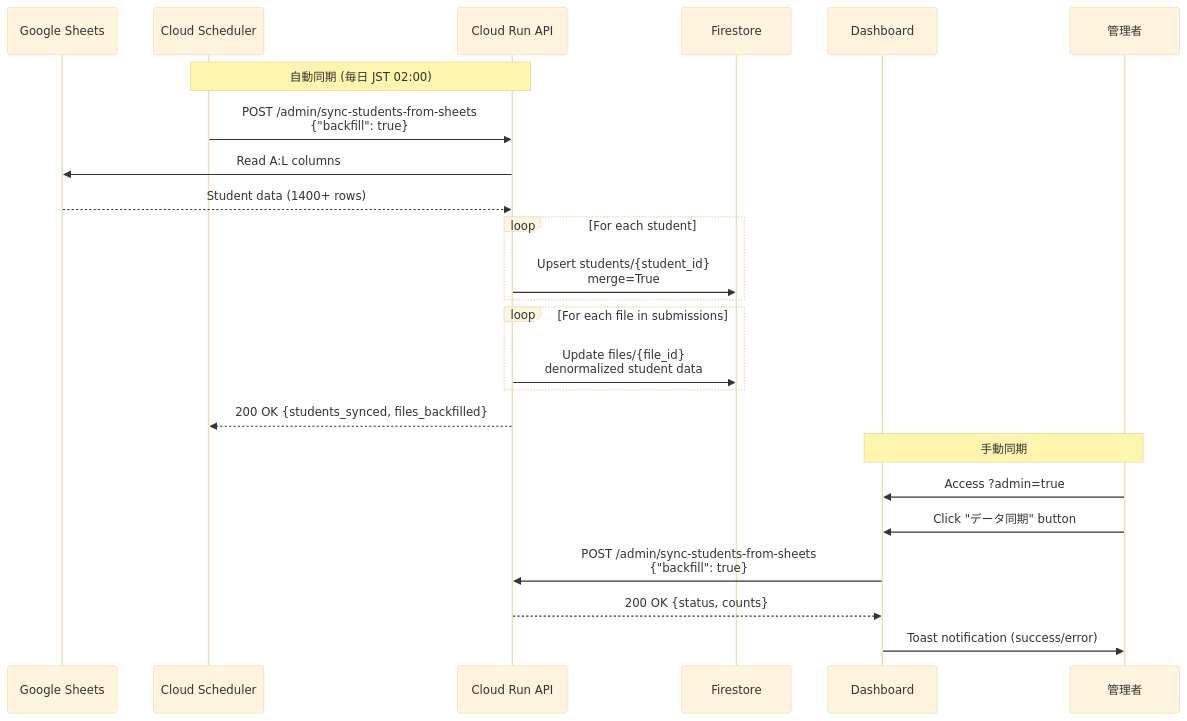
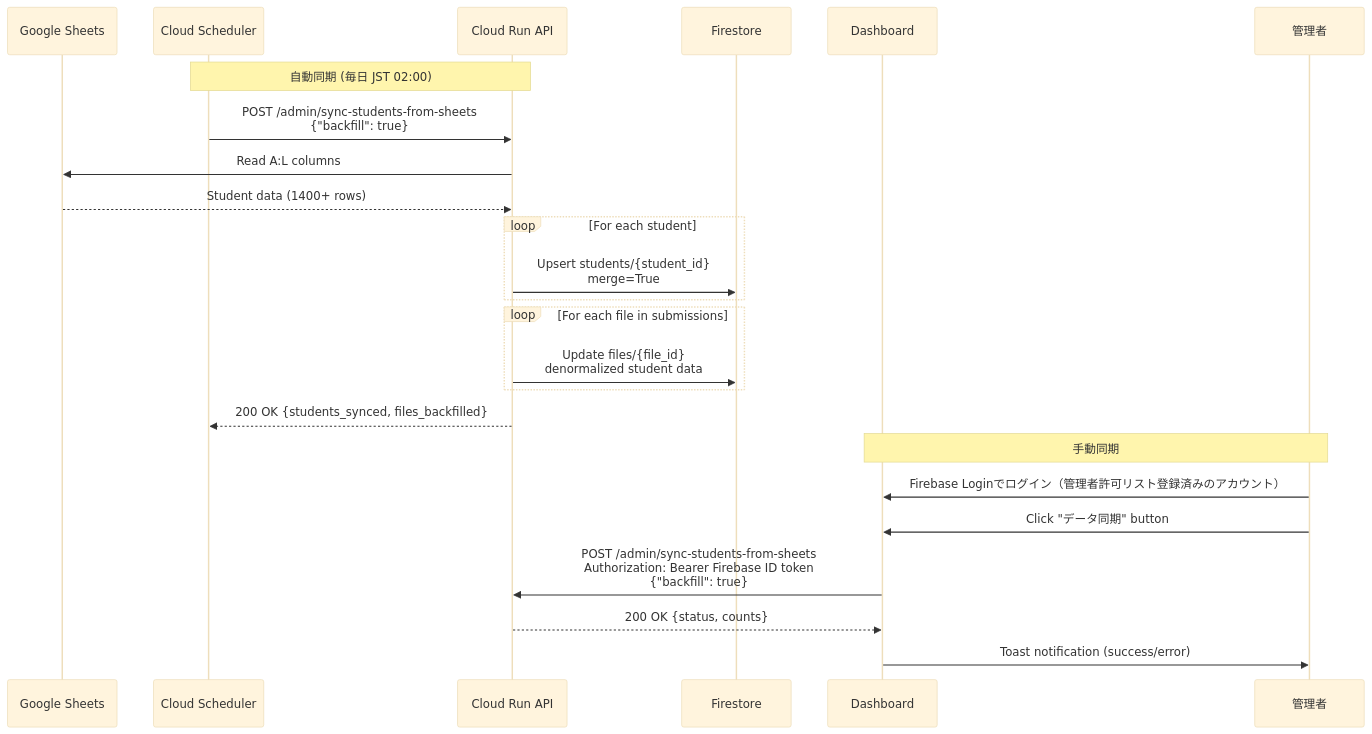
Before and after one commit to yasushi-honda/carewell-gcp-drive-automation: the second of 6 diagrams in docs/STUDENT_SYNC_FEATURE_HANDOVER.md, drawn with Mermaid (base theme). The commit also changed other lines of this file and 9 other files, not shown here.

````diff
--- a/docs/STUDENT_SYNC_FEATURE_HANDOVER.md
+++ b/docs/STUDENT_SYNC_FEATURE_HANDOVER.md
@@ -107,31 +107,31 @@
 ```mermaid
 sequenceDiagram
     participant GS as Google Sheets
     participant CS as Cloud Scheduler
     participant CR as Cloud Run API
     participant FS as Firestore
     participant DB as Dashboard
     participant Admin as 管理者
 
     Note over CS,CR: 自動同期 (毎日 JST 02:00)
     CS->>CR: POST /admin/sync-students-from-sheets<br/>{"backfill": true}
     CR->>GS: Read A:L columns
     GS-->>CR: Student data (1400+ rows)
 
     loop For each student
         CR->>FS: Upsert students/{student_id}<br/>merge=True
     end
 
     loop For each file in submissions
         CR->>FS: Update files/{file_id}<br/>denormalized student data
     end
 
     CR-->>CS: 200 OK {students_synced, files_backfilled}
 
     Note over Admin,DB: 手動同期
-    Admin->>DB: Access ?admin=true
+    Admin->>DB: Firebase Loginでログイン（管理者許可リスト登録済みのアカウント）
     Admin->>DB: Click "データ同期" button
-    DB->>CR: POST /admin/sync-students-from-sheets<br/>{"backfill": true}
+    DB->>CR: POST /admin/sync-students-from-sheets<br/>Authorization: Bearer Firebase ID token<br/>{"backfill": true}
     CR-->>DB: 200 OK {status, counts}
     DB->>Admin: Toast notification (success/error)
 ```
````
